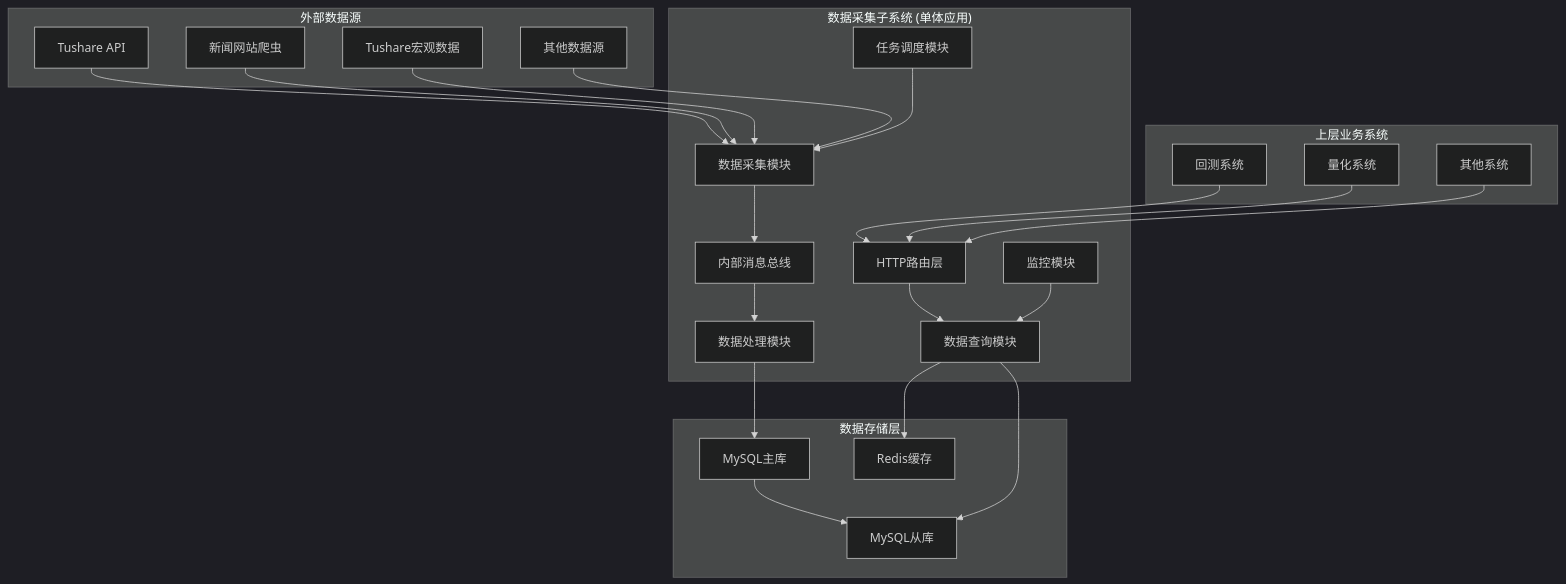
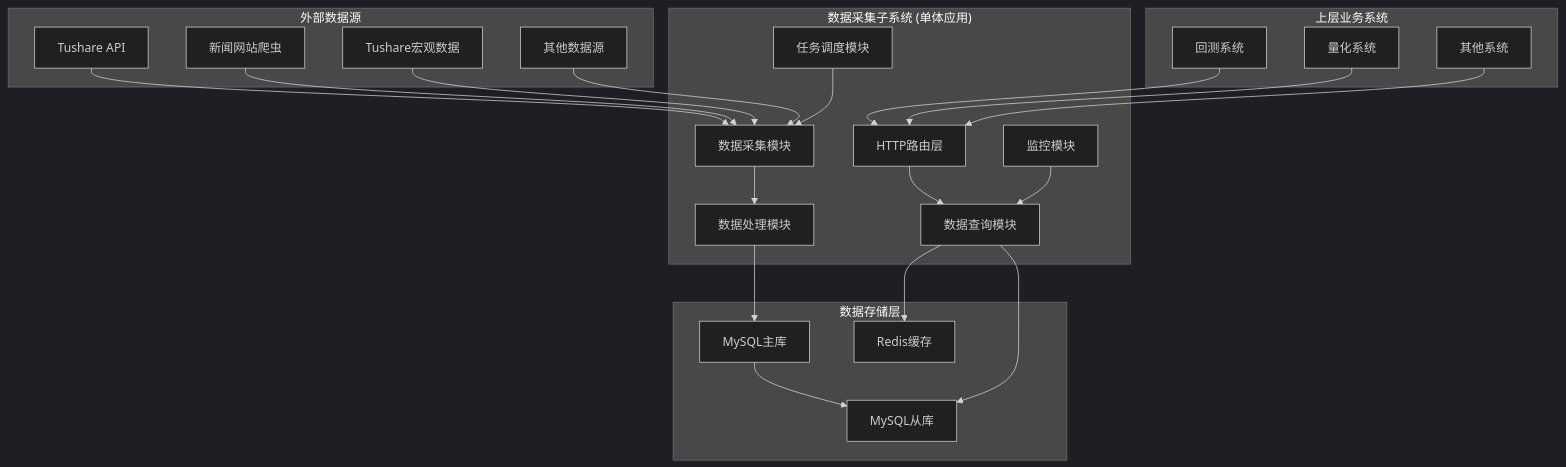
Before and after one commit to Casper-Mars/trading: the first of 4 diagrams in .trae/documents/design_backend.md, drawn with Mermaid (dark theme). The commit also changed other lines of this file and 44 other files, not shown here.

````diff
--- a/.trae/documents/design_backend.md
+++ b/.trae/documents/design_backend.md
@@ -49,51 +49,49 @@
 ```mermaid
 graph TB
     subgraph "外部数据源"
         A1[Tushare API]
         A2[新闻网站爬虫]
         A3[Tushare宏观数据]
         A4[其他数据源]
     end
     
     subgraph "数据采集子系统 (单体应用)"
         B1[HTTP路由层]
         B2[数据采集模块]
         B3[数据处理模块]
         B4[数据查询模块]
         B5[任务调度模块]
         B6[监控模块]
-        B7[内部消息总线]
     end
     
     subgraph "数据存储层"
         C1[MySQL主库]
         C2[MySQL从库]
         C3[Redis缓存]
     end
     
     subgraph "上层业务系统"
         E1[回测系统]
         E2[量化系统]
         E3[其他系统]
     end
     
     A1 --> B2
     A2 --> B2
     A3 --> B2
     A4 --> B2
     
-    B2 --> B7
-    B7 --> B3
+    B2 --> B3
     B3 --> C1
     C1 --> C2
     
     E1 --> B1
     E2 --> B1
     E3 --> B1
     B1 --> B4
     B4 --> C2
     B4 --> C3
     
     B5 --> B2
     B6 --> B4
 ```
````
